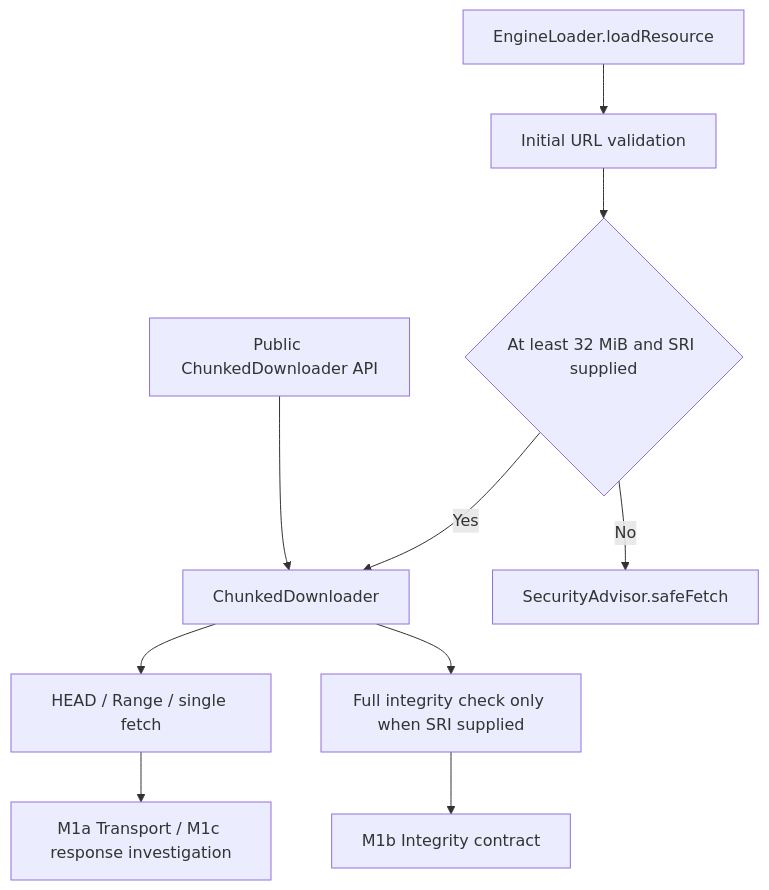
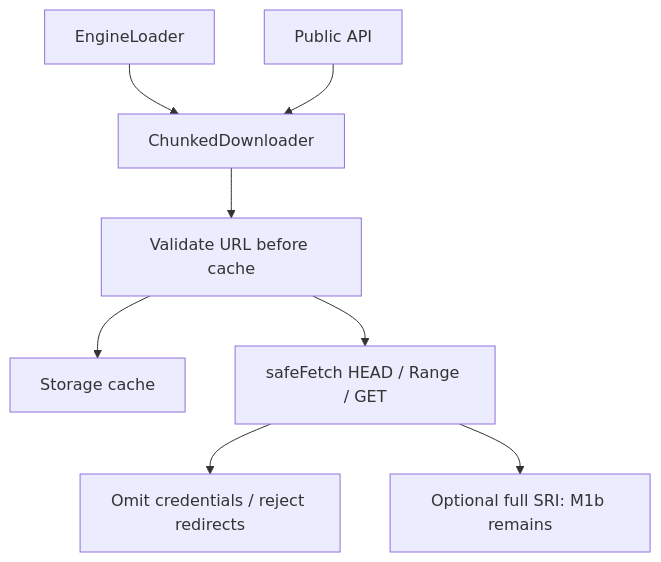
The first of 3 diagrams in docs/en/ARCHITECTURE.md (hdkz-dev/multi-game-engines), drawn with Mermaid before and after one commit. The commit also changed other lines of this file and 22 other files, not shown here.

Commit message:
fix: enforce secure chunked transport and public security tests

````diff
--- a/docs/en/ARCHITECTURE.md
+++ b/docs/en/ARCHITECTURE.md
@@ -34,12 +38,10 @@
 ```mermaid
 flowchart TD
-    A[EngineLoader.loadResource] --> B[Initial URL validation]
-    B --> C{At least 32 MiB and SRI supplied}
-    C -->|Yes| D[ChunkedDownloader]
-    C -->|No| E[SecurityAdvisor.safeFetch]
-    F[Public ChunkedDownloader API] --> D
-    D --> G[HEAD / Range / single fetch]
-    D --> H[Full integrity check only when SRI supplied]
-    G --> I[M1a Transport / M1c response investigation]
-    H --> J[M1b Integrity contract]
+    Loader[EngineLoader] --> Downloader[ChunkedDownloader]
+    Direct[Public API] --> Downloader
+    Downloader --> Validate[Validate URL before cache]
+    Validate --> Cache[Storage cache]
+    Validate --> Fetch[safeFetch HEAD / Range / GET]
+    Fetch --> Policy[Omit credentials / reject redirects]
+    Fetch --> Integrity[Optional full SRI: M1b remains]
 ```
````
